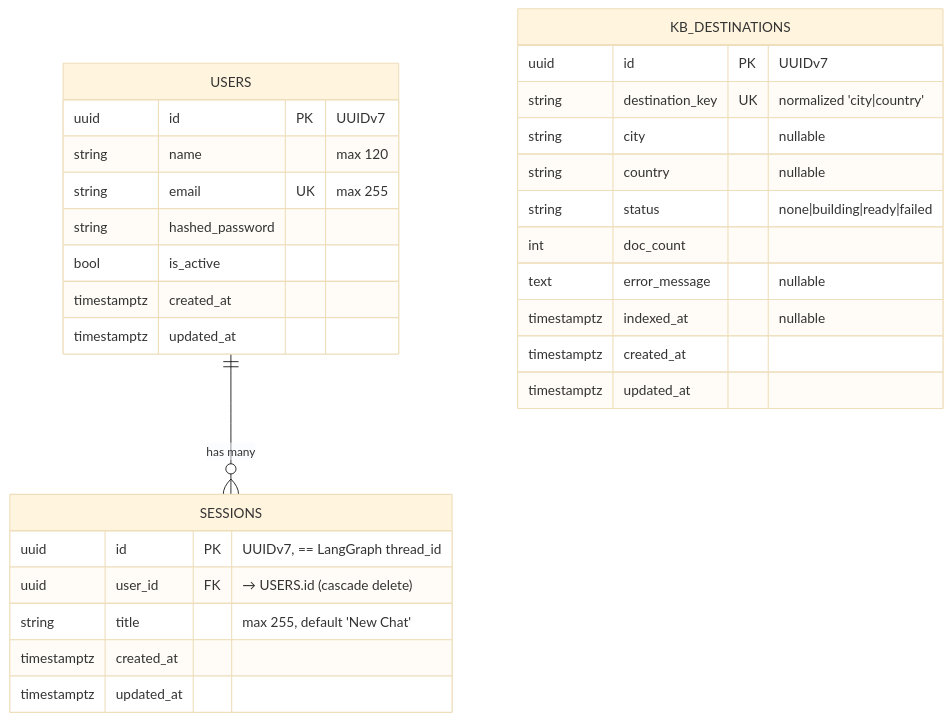
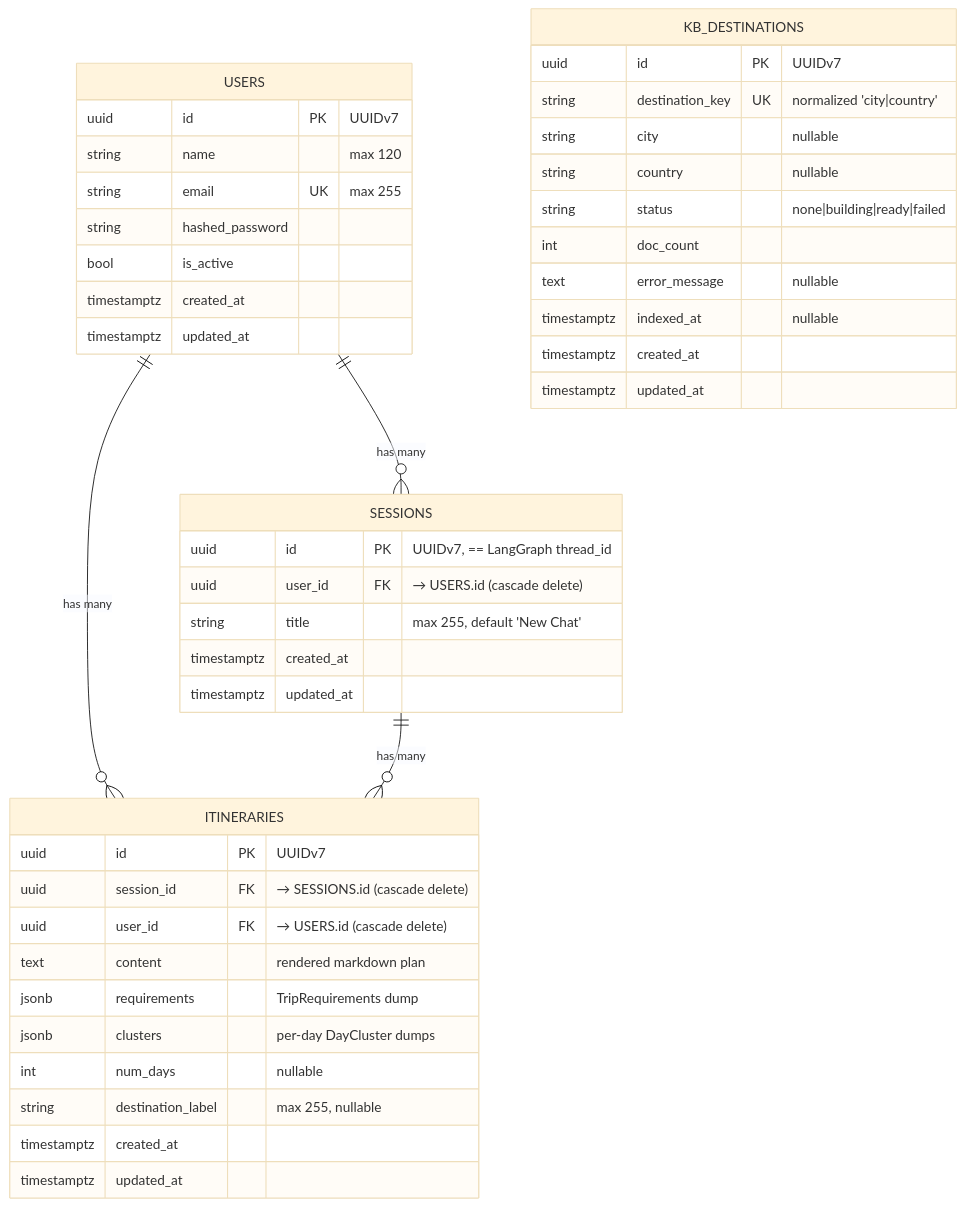
The diagram in docs/data-model.md (eng-mostafa-alrahal/autonomous-travel-guide), drawn with Mermaid (base theme) before and after one commit. The commit also changed other lines of this file and 25 other files, not shown here.

````diff
--- a/docs/data-model.md
+++ b/docs/data-model.md
@@ -7,32 +7,46 @@
 ```mermaid
 erDiagram
     USERS ||--o{ SESSIONS : "has many"
+    USERS ||--o{ ITINERARIES : "has many"
+    SESSIONS ||--o{ ITINERARIES : "has many"
     USERS {
       uuid id PK "UUIDv7"
       string name "max 120"
       string email UK "max 255"
       string hashed_password
       bool is_active
       timestamptz created_at
       timestamptz updated_at
     }
     SESSIONS {
       uuid id PK "UUIDv7, == LangGraph thread_id"
       uuid user_id FK "→ USERS.id (cascade delete)"
       string title "max 255, default 'New Chat'"
       timestamptz created_at
       timestamptz updated_at
     }
     KB_DESTINATIONS {
       uuid id PK "UUIDv7"
       string destination_key UK "normalized 'city|country'"
       string city "nullable"
       string country "nullable"
       string status "none|building|ready|failed"
       int doc_count
       text error_message "nullable"
       timestamptz indexed_at "nullable"
       timestamptz created_at
       timestamptz updated_at
     }
+    ITINERARIES {
+      uuid id PK "UUIDv7"
+      uuid session_id FK "→ SESSIONS.id (cascade delete)"
+      uuid user_id FK "→ USERS.id (cascade delete)"
+      text content "rendered markdown plan"
+      jsonb requirements "TripRequirements dump"
+      jsonb clusters "per-day DayCluster dumps"
+      int num_days "nullable"
+      string destination_label "max 255, nullable"
+      timestamptz created_at
+      timestamptz updated_at
+    }
 ```
````
